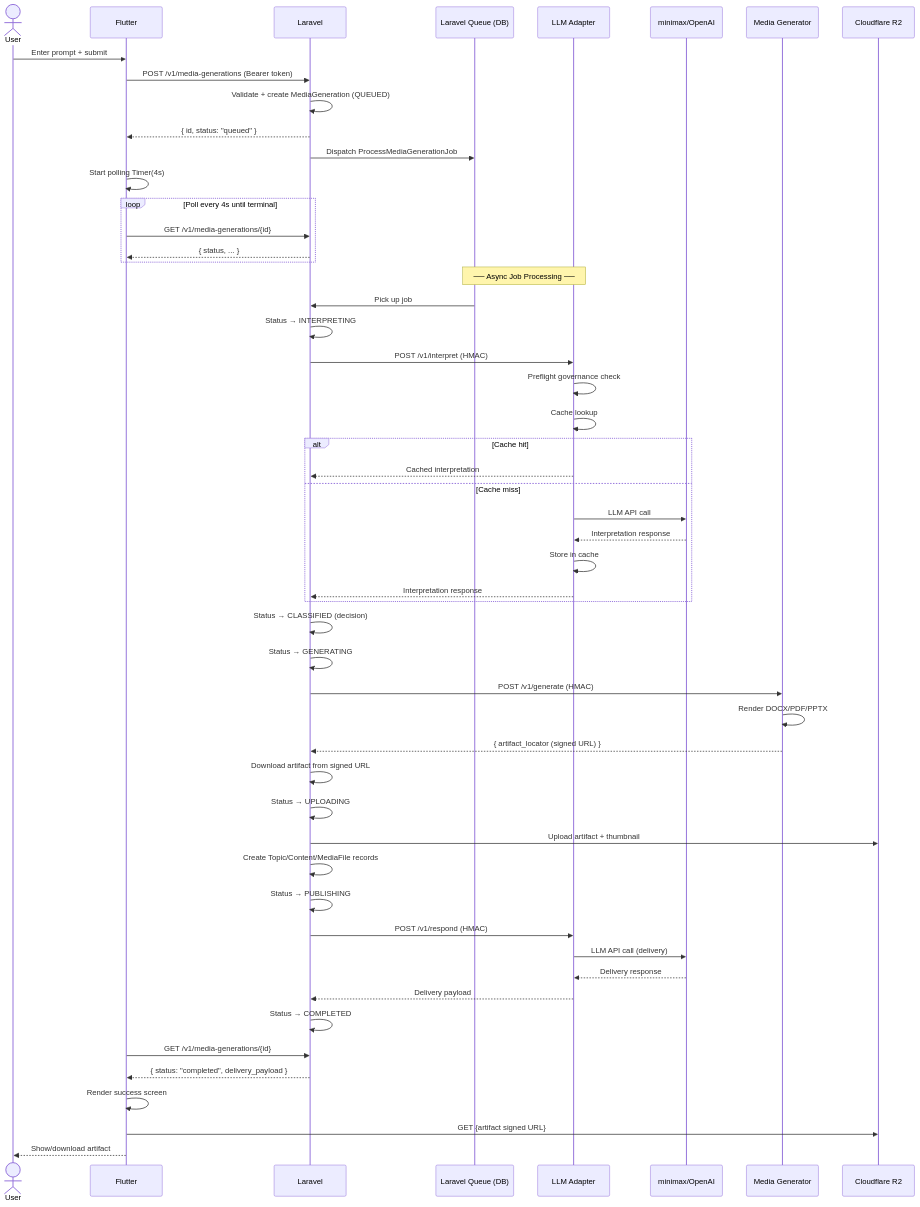
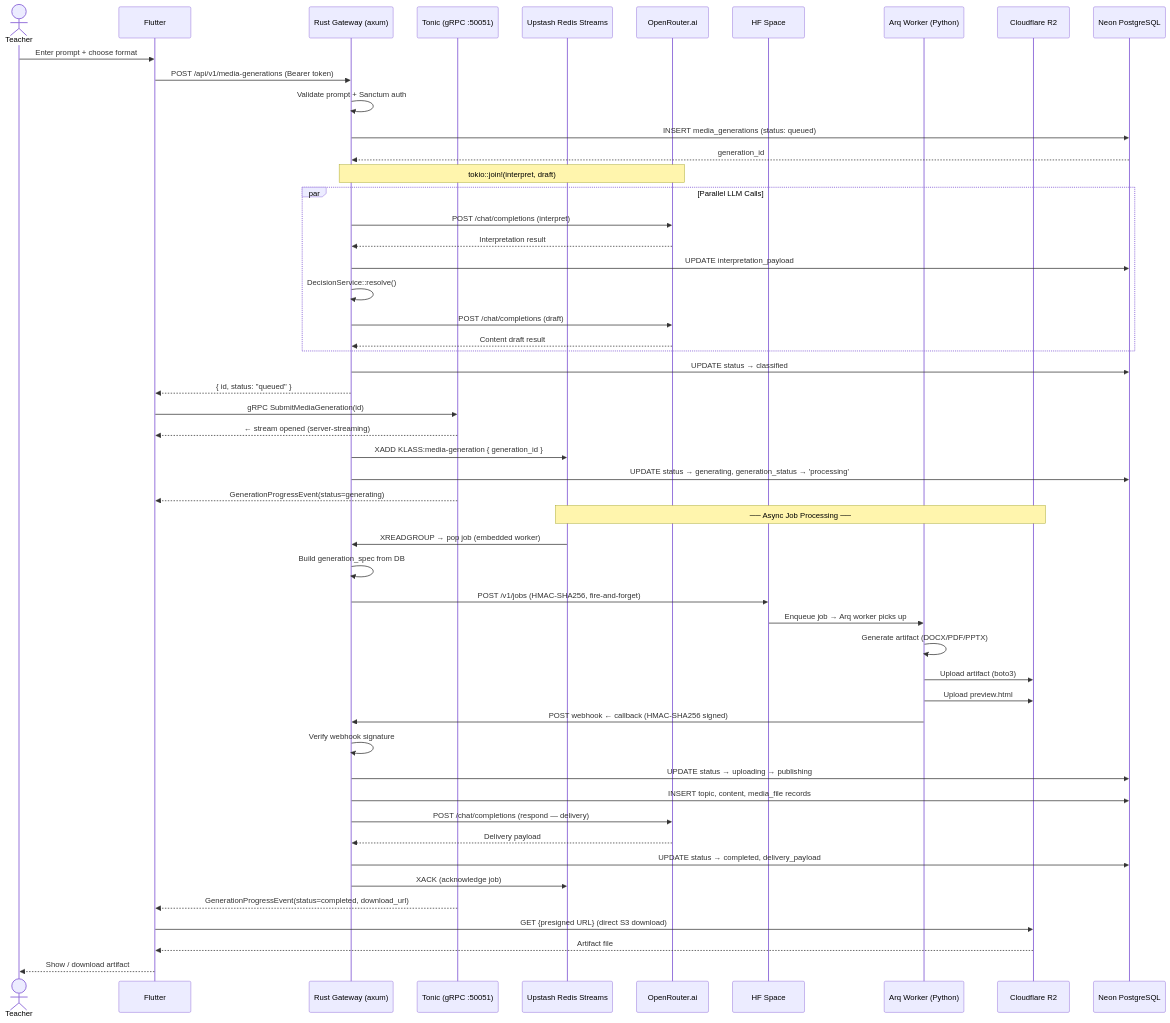
Before and after one commit to akmalhasan19/klass-mobile: the first of 5 diagrams in INTEGRATION_MAPPING.md, drawn with Mermaid. The commit also changed other lines of this file and 10 other files, not shown here.

````diff
--- a/INTEGRATION_MAPPING.md
+++ b/INTEGRATION_MAPPING.md
@@ -66,66 +133,68 @@
 ```mermaid
 sequenceDiagram
-    actor User
+    actor User as Teacher
     participant Flutter
-    participant Laravel
-    participant Queue as Laravel Queue (DB)
-    participant Adapter as LLM Adapter
-    participant Provider as minimax/OpenAI
-    participant MediaGen as Media Generator
+    participant Gateway as Rust Gateway (axum)
+    participant gRPC as Tonic (gRPC :50051)
+    participant Queue as Upstash Redis Streams
+    participant OR as OpenRouter.ai
+    participant MediaGen as HF Space #3 (Python)
+    participant Arq as Arq Worker (Python)
     participant R2 as Cloudflare R2
+    participant DB as Neon PostgreSQL
 
-    User->>Flutter: Enter prompt + submit
-    Flutter->>Laravel: POST /v1/media-generations (Bearer token)
-    Laravel->>Laravel: Validate + create MediaGeneration (QUEUED)
-    Laravel-->>Flutter: { id, status: "queued" }
-    Laravel->>Queue: Dispatch ProcessMediaGenerationJob
+    User->>Flutter: Enter prompt + choose format
+    Flutter->>Gateway: POST /api/v1/media-generations (Bearer token)
+    Gateway->>Gateway: Validate prompt + Sanctum auth
+    Gateway->>DB: INSERT media_generations (status: queued)
+    DB-->>Gateway: generation_id
 
-    Flutter->>Flutter: Start polling Timer(4s)
-    loop Poll every 4s until terminal
-        Flutter->>Laravel: GET /v1/media-generations/{id}
-        Laravel-->>Flutter: { status, ... }
+    Note over Gateway,OR: tokio::join!(interpret, draft)
+    par Parallel LLM Calls
+        Gateway->>OR: POST /chat/completions (interpret)
+        OR-->>Gateway: Interpretation result
+        Gateway->>DB: UPDATE interpretation_payload
+        Gateway->>Gateway: DecisionService::resolve()
+        Gateway->>OR: POST /chat/completions (draft)
+        OR-->>Gateway: Content draft result
     end
 
-    Note over Queue,Adapter: ── Async Job Processing ──
+    Gateway->>DB: UPDATE status → classified
+    Gateway-->>Flutter: { id, status: "queued" }
 
-    Queue->>Laravel: Pick up job
-    Laravel->>Laravel: Status → INTERPRETING
+    Flutter->>gRPC: gRPC SubmitMediaGeneration(id)
+    gRPC-->>Flutter: ← stream opened (server-streaming)
 
-    Laravel->>Adapter: POST /v1/interpret (HMAC)
-    Adapter->>Adapter: Preflight governance check
-    Adapter->>Adapter: Cache lookup
-    alt Cache hit
-        Adapter-->>Laravel: Cached interpretation
-    else Cache miss
-        Adapter->>Provider: LLM API call
-        Provider-->>Adapter: Interpretation response
-        Adapter->>Adapter: Store in cache
-        Adapter-->>Laravel: Interpretation response
-    end
+    Gateway->>Queue: XADD KLASS:media-generation { generation_id }
+    Gateway->>DB: UPDATE status → generating, generation_status → 'processing'
 
-    Laravel->>Laravel: Status → CLASSIFIED (decision)
-    Laravel->>Laravel: Status → GENERATING
+    gRPC-->>Flutter: GenerationProgressEvent(status=generating)
 
-    Laravel->>MediaGen: POST /v1/generate (HMAC)
-    MediaGen->>MediaGen: Render DOCX/PDF/PPTX
-    MediaGen-->>Laravel: { artifact_locator (signed URL) }
+    Note over Queue,R2: ── Async Job Processing ──
 
-    Laravel->>Laravel: Download artifact from signed URL
-    Laravel->>Laravel: Status → UPLOADING
-    Laravel->>R2: Upload artifact + thumbnail
-    Laravel->>Laravel: Create Topic/Content/MediaFile records
-    Laravel->>Laravel: Status → PUBLISHING
+    Queue->>Gateway: XREADGROUP → pop job (embedded worker)
+    Gateway->>Gateway: Build generation_spec from DB
+    Gateway->>MediaGen: POST /v1/jobs (HMAC-SHA256, fire-and-forget)
 
-    Laravel->>Adapter: POST /v1/respond (HMAC)
-    Adapter->>Provider: LLM API call (delivery)
-    Provider-->>Adapter: Delivery response
-    Adapter-->>Laravel: Delivery payload
+    MediaGen->>Arq: Enqueue job → Arq worker picks up
+    Arq->>Arq: Generate artifact (DOCX/PDF/PPTX)
+    Arq->>R2: Upload artifact (boto3)
+    Arq->>R2: Upload preview.html
+    Arq->>Gateway: POST webhook ← callback (HMAC-SHA256 signed)
+    
+    Gateway->>Gateway: Verify webhook signature
+    Gateway->>DB: UPDATE status → uploading → publishing
+    Gateway->>DB: INSERT topic, content, media_file records
 
-    Laravel->>Laravel: Status → COMPLETED
+    Gateway->>OR: POST /chat/completions (respond — delivery)
+    OR-->>Gateway: Delivery payload
 
-    Flutter->>Laravel: GET /v1/media-generations/{id}
-    Laravel-->>Flutter: { status: "completed", delivery_payload }
-    Flutter->>Flutter: Render success screen
-    Flutter->>R2: GET {artifact signed URL}
-    Flutter-->>User: Show/download artifact
+    Gateway->>DB: UPDATE status → completed, delivery_payload
+    Gateway->>Queue: XACK (acknowledge job)
+
+    gRPC-->>Flutter: GenerationProgressEvent(status=completed, download_url)
+
+    Flutter->>R2: GET {presigned URL} (direct S3 download)
+    R2-->>Flutter: Artifact file
+    Flutter-->>User: Show / download artifact
 ```
````
